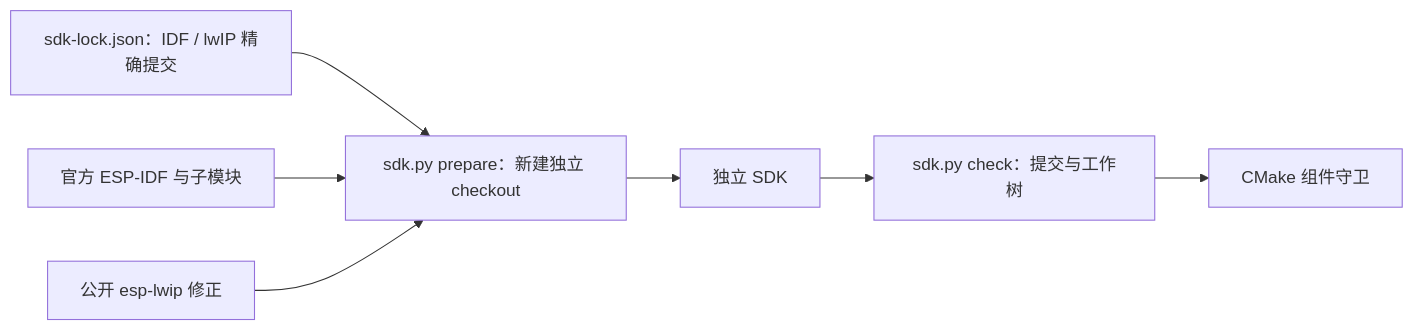
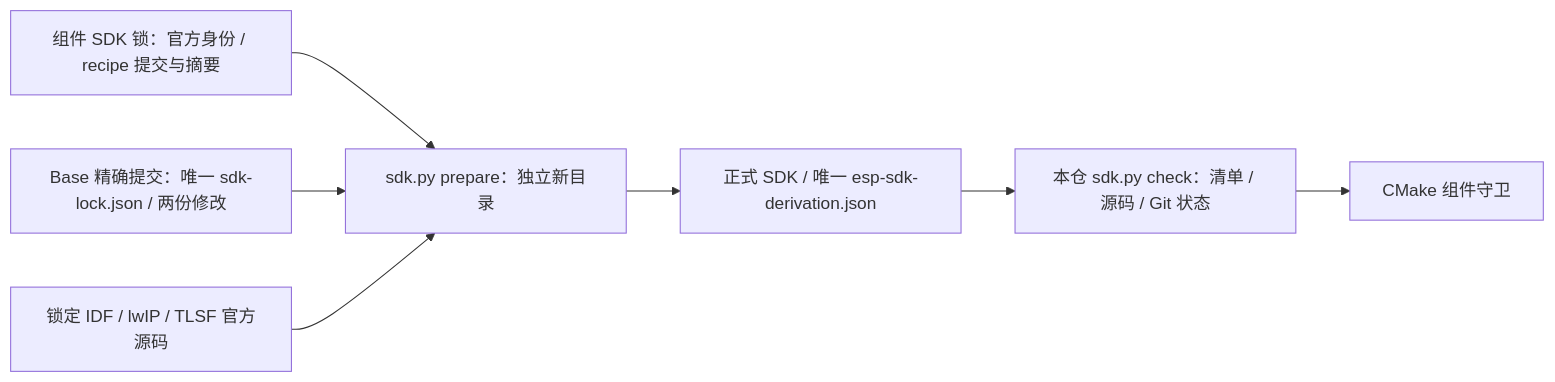
Before and after one commit to darren-you/esp-mqtt: the diagram in tools/README.md, drawn with Mermaid. The commit also changed other lines of this file and 4 other files, not shown here.

First line of the commit message:
将 SDK 守卫与独立准备硬切到 Base 唯一正式派生 recipe，精确校验清单、官方原文、派生字节及全部 Git 状态并补真实 Git 正负例

````diff
--- a/tools/README.md
+++ b/tools/README.md
@@ -7,9 +5,9 @@
 ```mermaid
 flowchart LR
-    lock["sdk-lock.json：IDF / lwIP 精确提交"] --> prepare["sdk.py prepare：新建独立 checkout"]
-    official["官方 ESP-IDF 与子模块"] --> prepare
-    fixed["公开 esp-lwip 修正"] --> prepare
-    prepare --> checkout["独立 SDK"]
-    checkout --> check["sdk.py check：提交与工作树"]
+    lock["组件 SDK 锁：官方身份 / recipe 提交与摘要"] --> prepare["sdk.py prepare：独立新目录"]
+    recipe["Base 精确提交：唯一 sdk-lock.json / 两份修改"] --> prepare
+    sdk["锁定 IDF / lwIP / TLSF 官方源码"] --> prepare
+    prepare --> checkout["正式 SDK / 唯一 esp-sdk-derivation.json"]
+    checkout --> check["本仓 sdk.py check：清单 / 源码 / Git 状态"]
     check --> component["CMake 组件守卫"]
 ```
````
